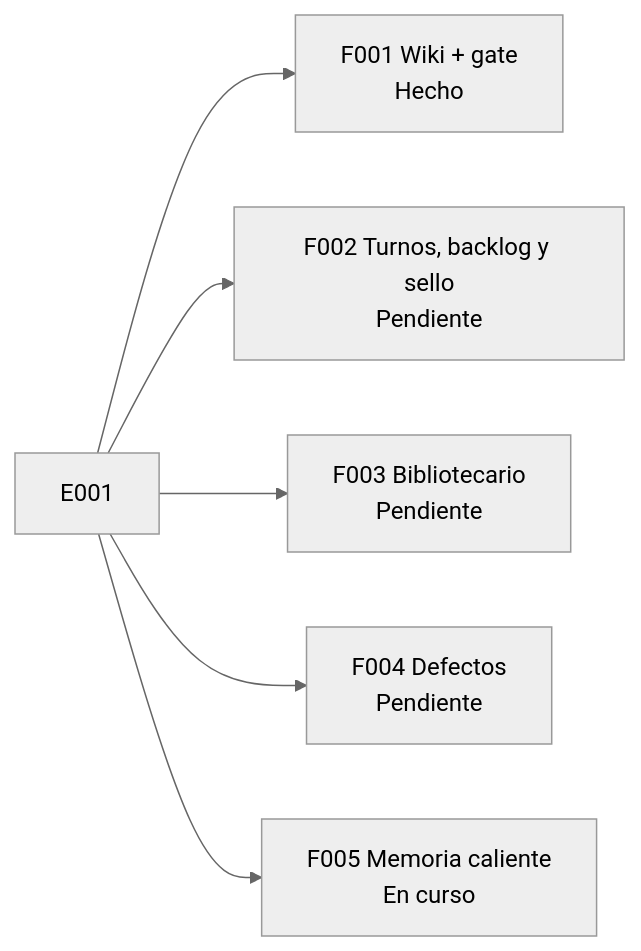
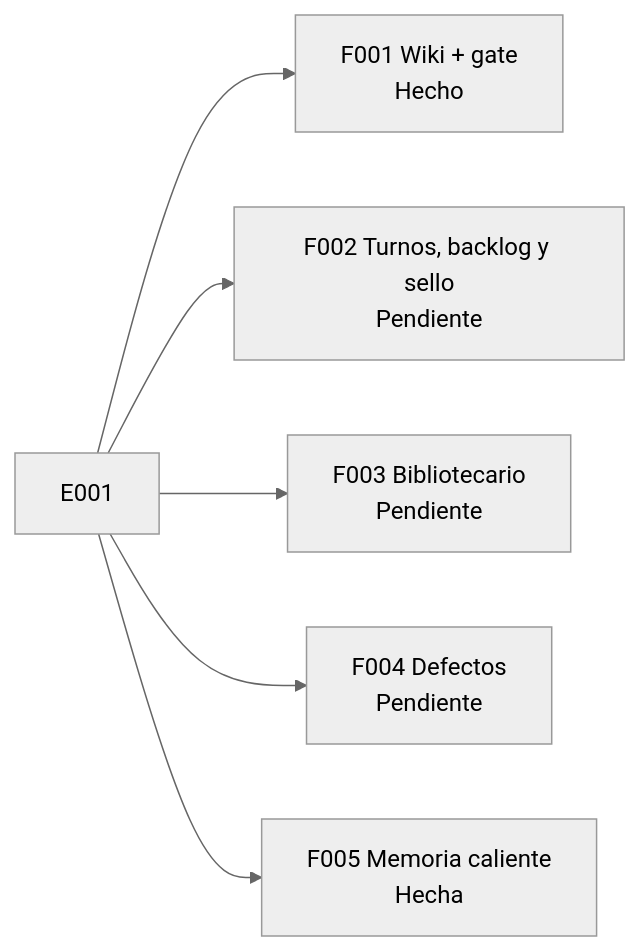
The second of 2 diagrams in docs/E001/README.md (jliberal-aquas/aquas-central-harness-government), drawn with Mermaid (neutral theme) before and after one commit. The commit also changed other lines of this file and 12 other files, not shown here.

First line of the commit message:
Memoria caliente: archivo al cerrar el slice y arranque en frío (E001/F005/S003)

````diff
--- a/docs/E001/README.md
+++ b/docs/E001/README.md
@@ -120,8 +120,8 @@
 ```mermaid
 flowchart LR
     E["E001"] --> F1["F001 Wiki + gate<br/>Hecho"]
     E --> F2["F002 Turnos, backlog y sello<br/>Pendiente"]
     E --> F3["F003 Bibliotecario<br/>Pendiente"]
     E --> F4["F004 Defectos<br/>Pendiente"]
-    E --> F5["F005 Memoria caliente<br/>En curso"]
+    E --> F5["F005 Memoria caliente<br/>Hecha"]
 ```
````
